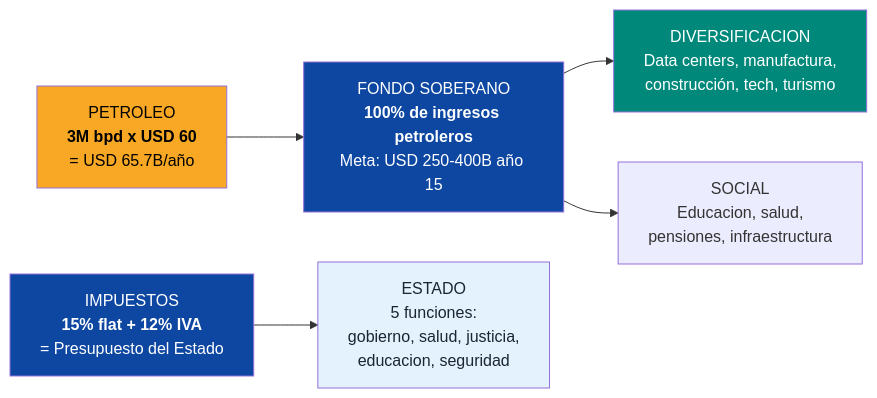
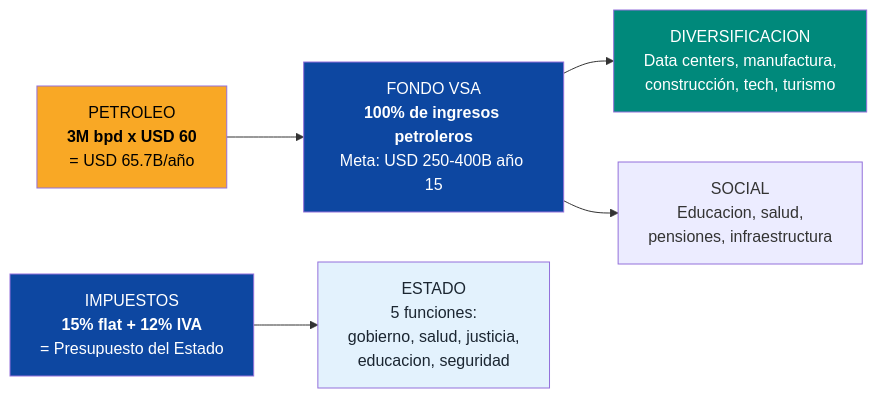
One commit to Venezuela-S-A/venezuela-sa changed the first of 9 diagrams in docs/10-oportunidades/petroleo-gas.md. Above: the diagram before and after it, drawn with Mermaid. The commit also changed other lines of this file and 49 other files, not shown here.

````diff
--- a/docs/10-oportunidades/petroleo-gas.md
+++ b/docs/10-oportunidades/petroleo-gas.md
@@ -34,14 +38,14 @@
 ```mermaid
 flowchart LR
-    OIL["PETROLEO<br/><b>3M bpd x USD 60</b><br/>= USD 65.7B/año"] --> FUND["FONDO SOBERANO<br/><b>100% de ingresos petroleros</b><br/>Meta: USD 250-400B año 15"]
+    OIL["PETROLEO<br/><b>3M bpd x USD 60</b><br/>= USD 65.7B/año"] --> FUND["FONDO VSA<br/><b>100% de ingresos petroleros</b><br/>Meta: USD 250-400B año 15"]
     FUND --> DIV["DIVERSIFICACION<br/>Data centers, manufactura,<br/>construcción, tech, turismo"]
     FUND --> SOC["SOCIAL<br/>Educacion, salud,<br/>pensiones, infraestructura"]
 
     TAX["IMPUESTOS<br/><b>15% flat + 12% IVA</b><br/>= Presupuesto del Estado"] --> STATE["ESTADO<br/>5 funciones:<br/>gobierno, salud, justicia,<br/>educacion, seguridad"]
 
     style OIL fill:#F9A825,color:#000
     style FUND fill:#0D47A1,color:#fff
     style DIV fill:#00897B,color:#fff
     style TAX fill:#0D47A1,color:#fff
     style STATE fill:#E3F2FD,color:#1B2631
 ```
````
